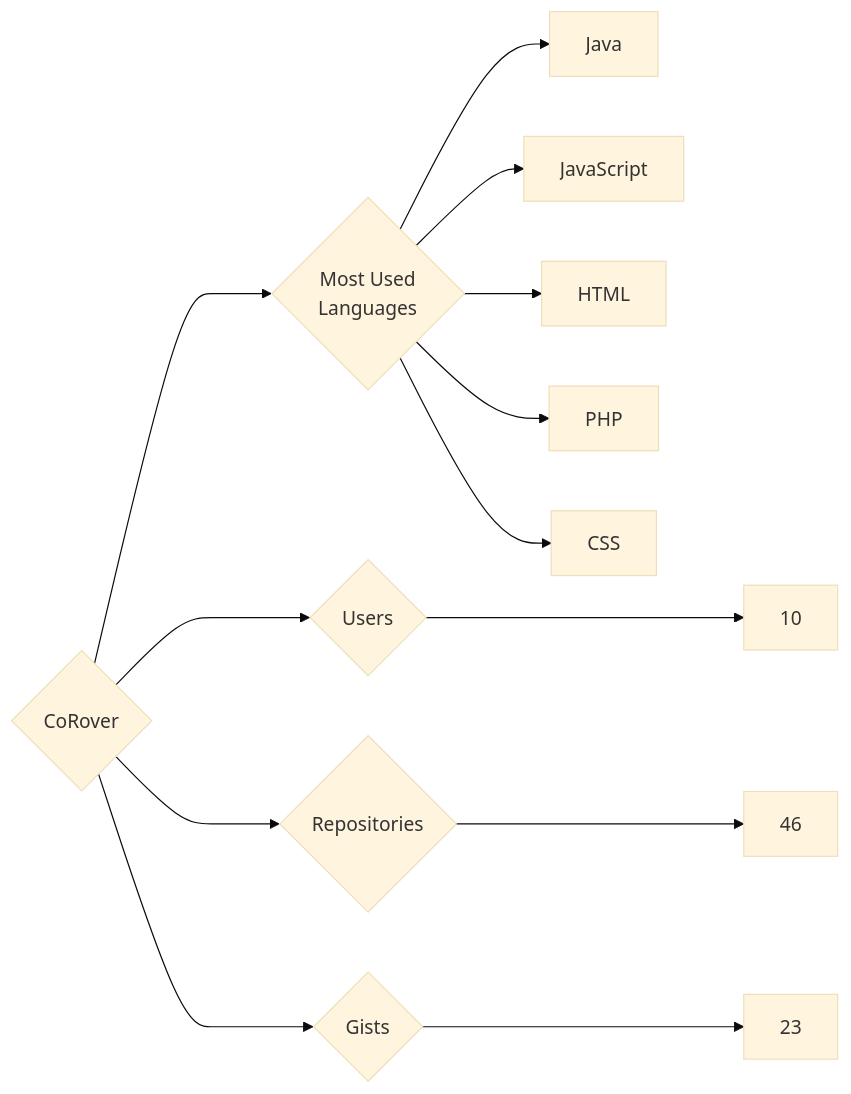
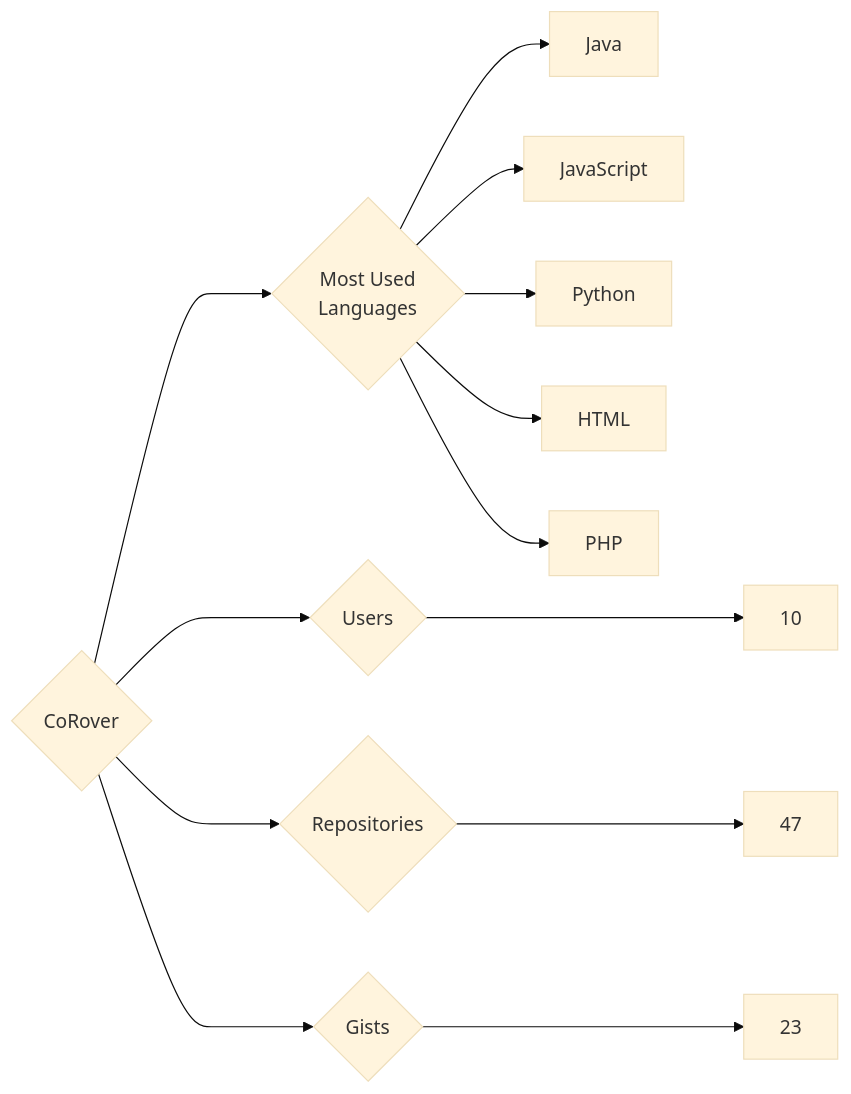
Before and after one commit to trickest/insiders: the diagram in targets/CoRover/README.md, drawn with Mermaid (base theme). The commit also changed 1123 other files, not shown here.

````diff
--- a/targets/CoRover/README.md
+++ b/targets/CoRover/README.md
@@ -3,13 +3,13 @@
 ```mermaid
 graph LR
 COMPANY_NAME{CoRover}
 COMPANY_NAME ---> U{Users} ---> UN[10]
-COMPANY_NAME ---> R{Repositories} ---> RN[46]
+COMPANY_NAME ---> R{Repositories} ---> RN[47]
 COMPANY_NAME ---> G{Gists} ---> GN[23]
 COMPANY_NAME ---> ML{Most Used<br>Languages}
 ML --> Java[Java]
 ML --> JavaScript[JavaScript]
+ML --> Python[Python]
 ML --> HTML[HTML]
 ML --> PHP[PHP]
-ML --> CSS[CSS]
 ```
````
